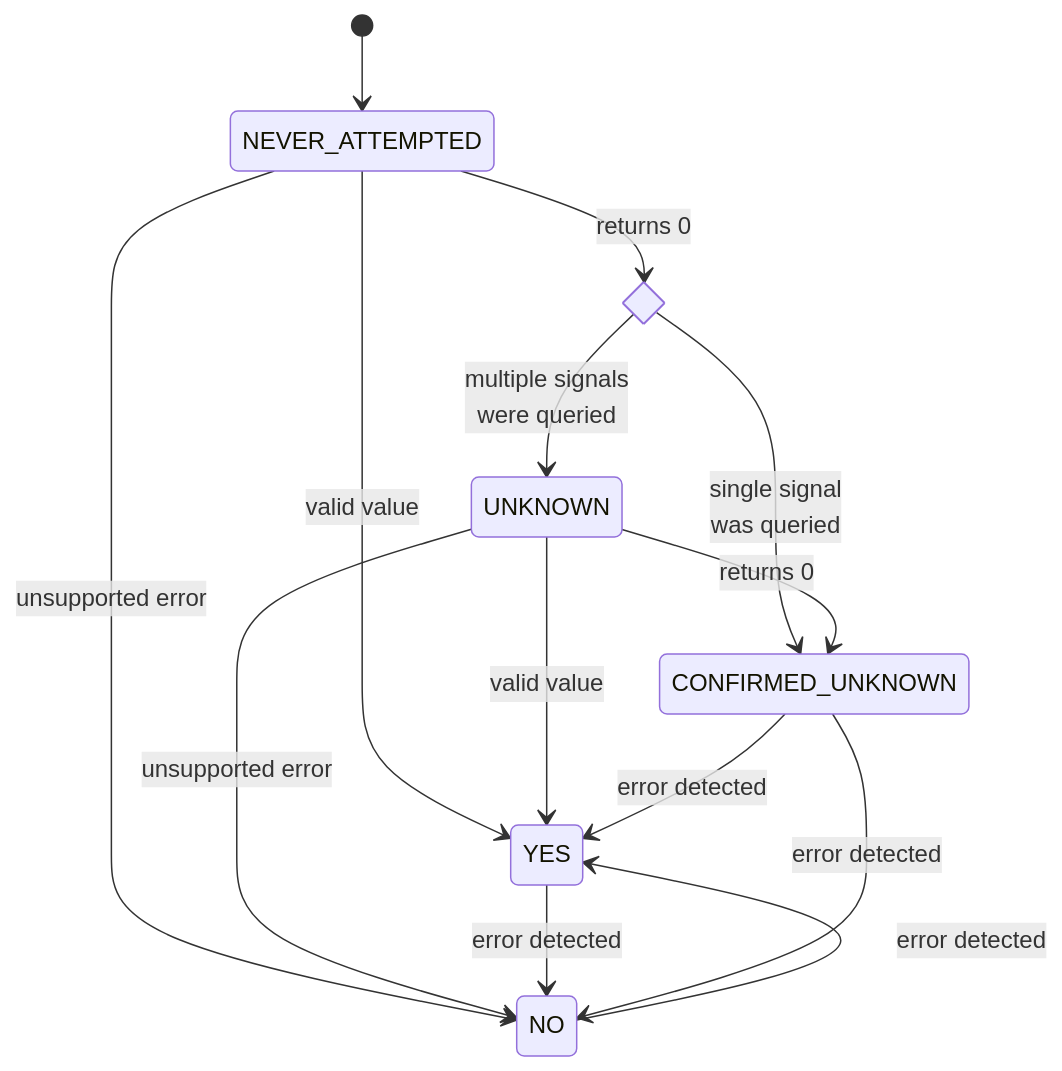
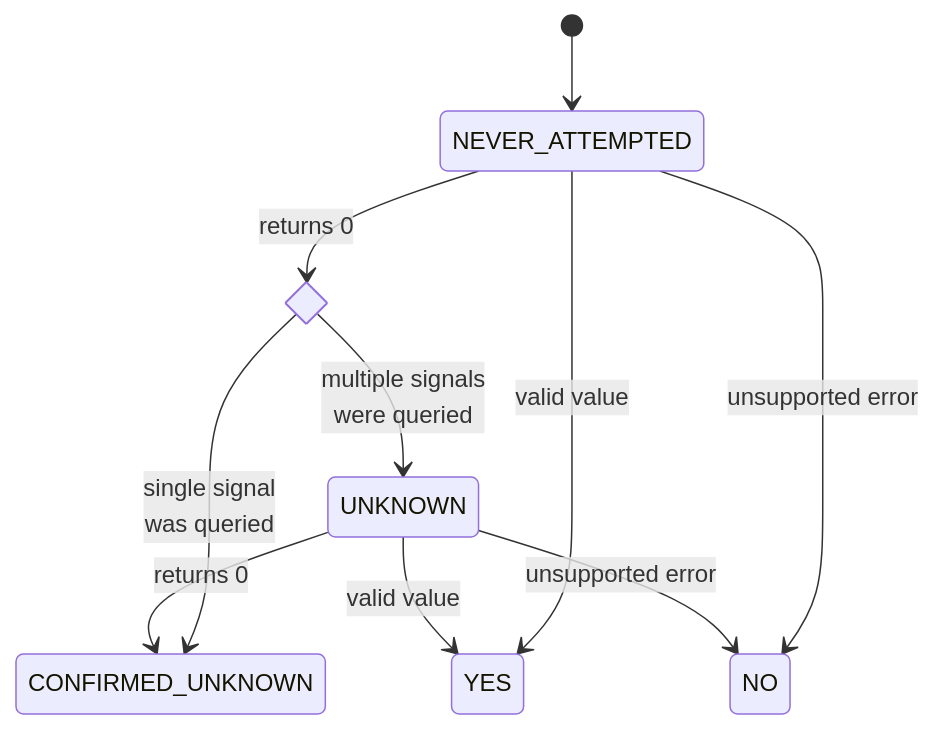
The second of 2 diagrams in custom_components/sungrow/core/signal_supported.md (AlexanderLanin/homeassistant-sungrow), drawn with Mermaid before and after one commit. The commit also changed other lines of this file, not shown here.

Commit message:
drop error transitions

````diff
--- a/custom_components/sungrow/core/signal_supported.md
+++ b/custom_components/sungrow/core/signal_supported.md
@@ -26,23 +21,16 @@
 ```mermaid
 stateDiagram
     [*] --> NEVER_ATTEMPTED
 
     state first_query_unknown <<choice>>
     NEVER_ATTEMPTED --> first_query_unknown: returns 0
     NEVER_ATTEMPTED --> YES: valid value
     NEVER_ATTEMPTED --> NO: unsupported error
 
     first_query_unknown --> UNKNOWN: multiple signals <br/> were queried
     first_query_unknown --> CONFIRMED_UNKNOWN: single signal <br/> was queried
     
     UNKNOWN --> CONFIRMED_UNKNOWN: returns 0
     UNKNOWN --> YES: valid value
     UNKNOWN --> NO: unsupported error
-
-
-    YES --> NO: error detected
-    NO --> YES: error detected
-
-    CONFIRMED_UNKNOWN --> YES: error detected
-    CONFIRMED_UNKNOWN --> NO: error detected
 ```
````
